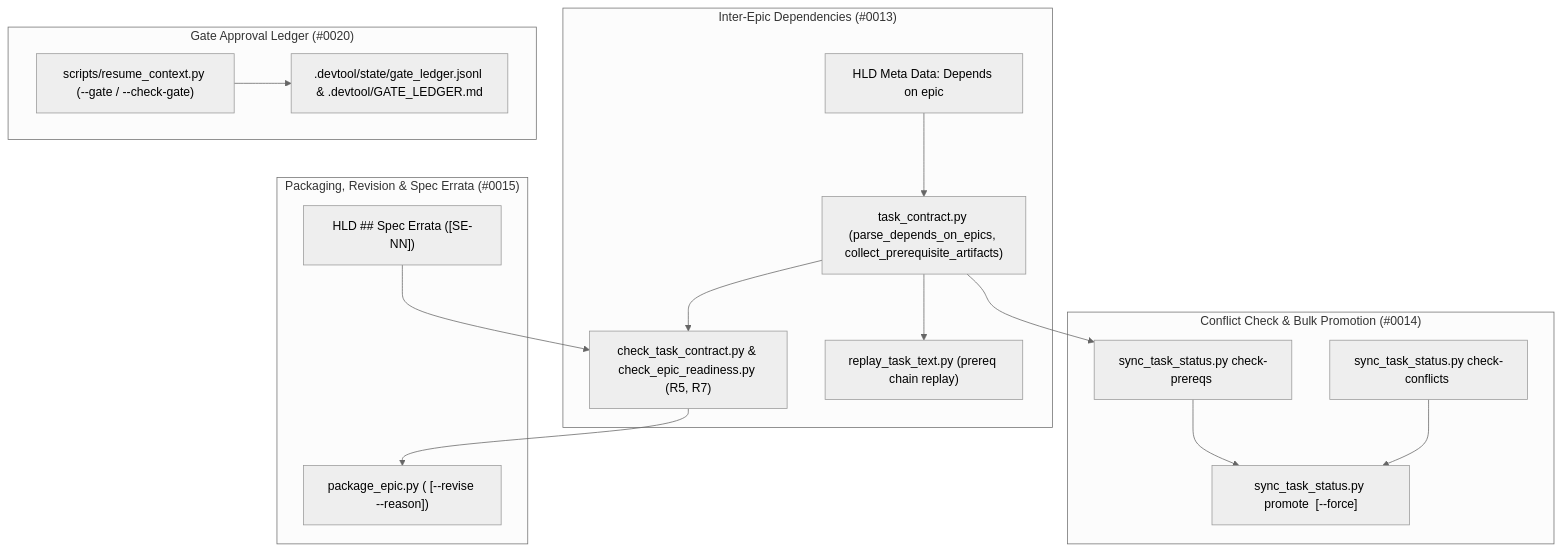
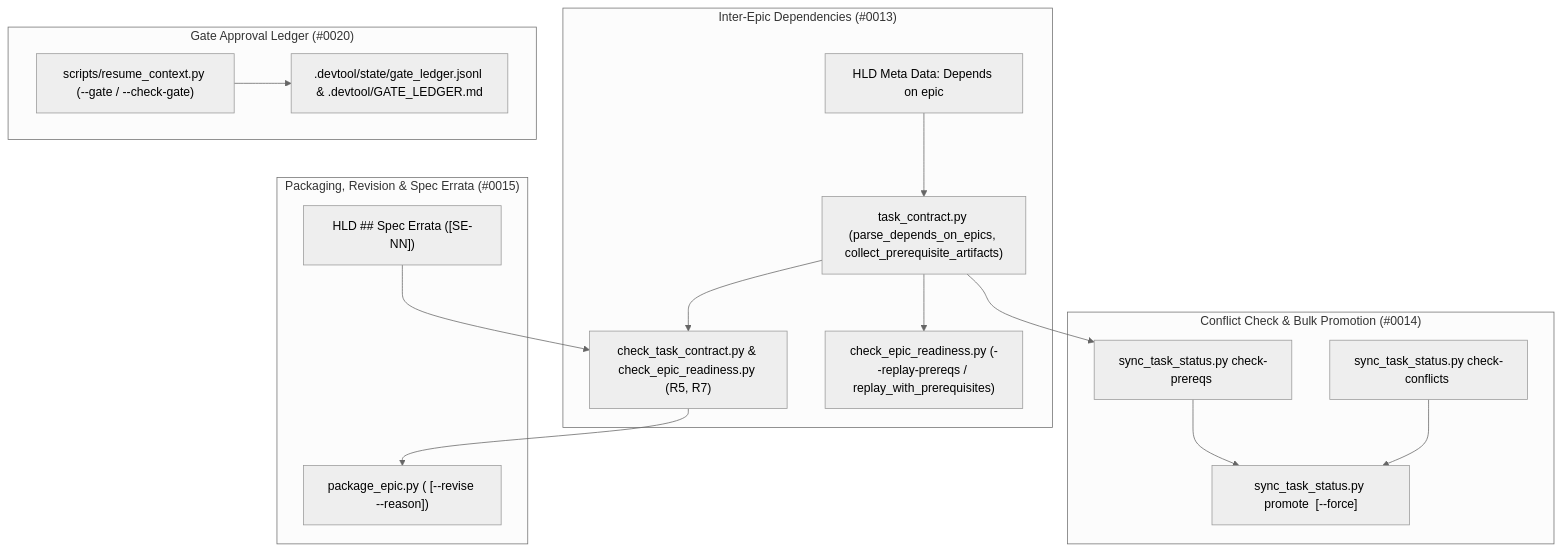
The first of 3 diagrams in .devtool/epic/multi_epic_orchestration_and_governance/multi_epic_orchestration_and_governance.en.md (DanhDue/ai-agent-tools), drawn with Mermaid (neutral theme) before and after one commit. The commit also changed other lines of this file and 13 other files, not shown here.

````diff
--- a/.devtool/epic/multi_epic_orchestration_and_governance/multi_epic_orchestration_and_governance.en.md
+++ b/.devtool/epic/multi_epic_orchestration_and_governance/multi_epic_orchestration_and_governance.en.md
@@ -57,35 +57,35 @@
 ```mermaid
 flowchart TD
     subgraph DEPS["Inter-Epic Dependencies (#0013)"]
         HLD_DEP["HLD Meta Data: Depends on epic"]
         TC_DEP["task_contract.py (parse_depends_on_epics, collect_prerequisite_artifacts)"]
         CTC_CER["check_task_contract.py & check_epic_readiness.py (R5, R7)"]
-        RPL_CHAIN["replay_task_text.py (prereq chain replay)"]
+        RPL_CHAIN["check_epic_readiness.py (--replay-prereqs / replay_with_prerequisites)"]
     end
 
     subgraph BOARD["Conflict Check & Bulk Promotion (#0014)"]
         CHK_PREREQ["sync_task_status.py check-prereqs <epic_dir>"]
         CHK_CONF["sync_task_status.py check-conflicts <epic_dir>"]
         PROMOTE["sync_task_status.py promote <epic_dir> [--force]"]
     end
 
     subgraph PKG["Packaging, Revision & Spec Errata (#0015)"]
         ERRATA["HLD ## Spec Errata ([SE-NN])"]
         PKG_SCRIPT["package_epic.py (<epic_dir> [--revise --reason])"]
     end
 
     subgraph LEDGER["Gate Approval Ledger (#0020)"]
         RC_GATE["scripts/resume_context.py (--gate / --check-gate)"]
         GATE_FILES[".devtool/state/gate_ledger.jsonl & .devtool/GATE_LEDGER.md"]
     end
 
     HLD_DEP --> TC_DEP
     TC_DEP --> CTC_CER
     TC_DEP --> RPL_CHAIN
     TC_DEP --> CHK_PREREQ
     CHK_PREREQ --> PROMOTE
     CHK_CONF --> PROMOTE
     ERRATA --> CTC_CER
     CTC_CER --> PKG_SCRIPT
     RC_GATE --> GATE_FILES
 ```
````
